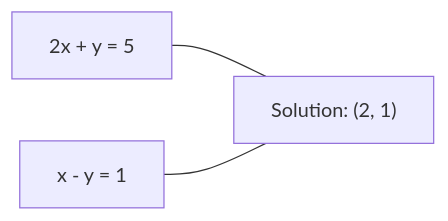
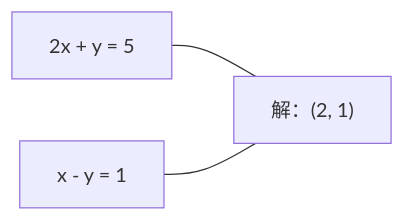
One commit to cq0206/ai-engineering-from-scratch changed the first of 2 diagrams in phases/01-math-foundations/17-linear-systems.md. Above: the diagram before and after it, drawn with Mermaid. The commit also changed other lines of this file and 150 other files, not shown here.

````diff
--- a/phases/01-math-foundations/17-linear-systems.md
+++ b/phases/01-math-foundations/17-linear-systems.md
@@ -36,5 +36,5 @@
 ```mermaid
 graph LR
-    A["2x + y = 5"] --- S["Solution: (2, 1)"]
+    A["2x + y = 5"] --- S["解：(2, 1)"]
     B["x - y = 1"] --- S
 ```
````
